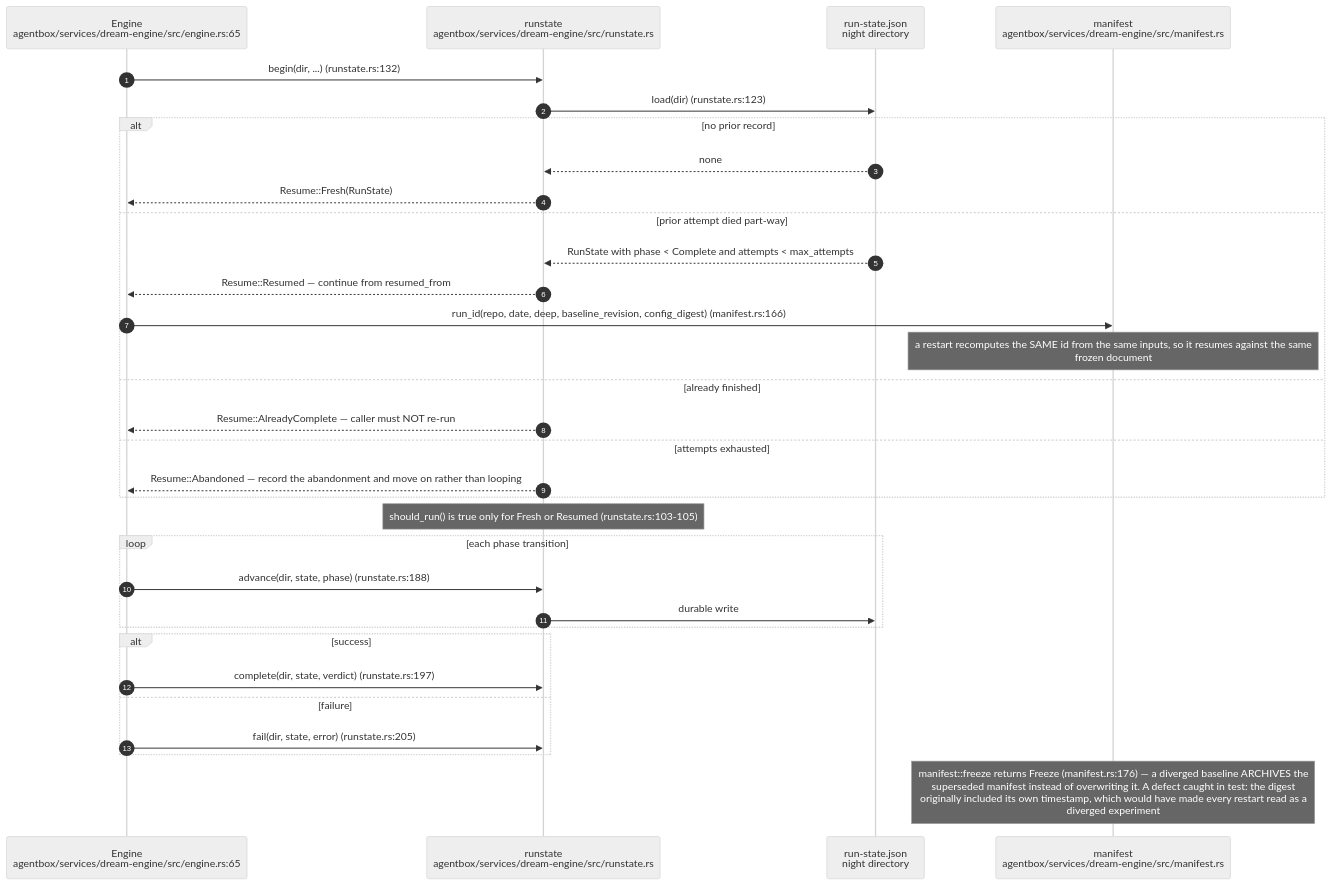
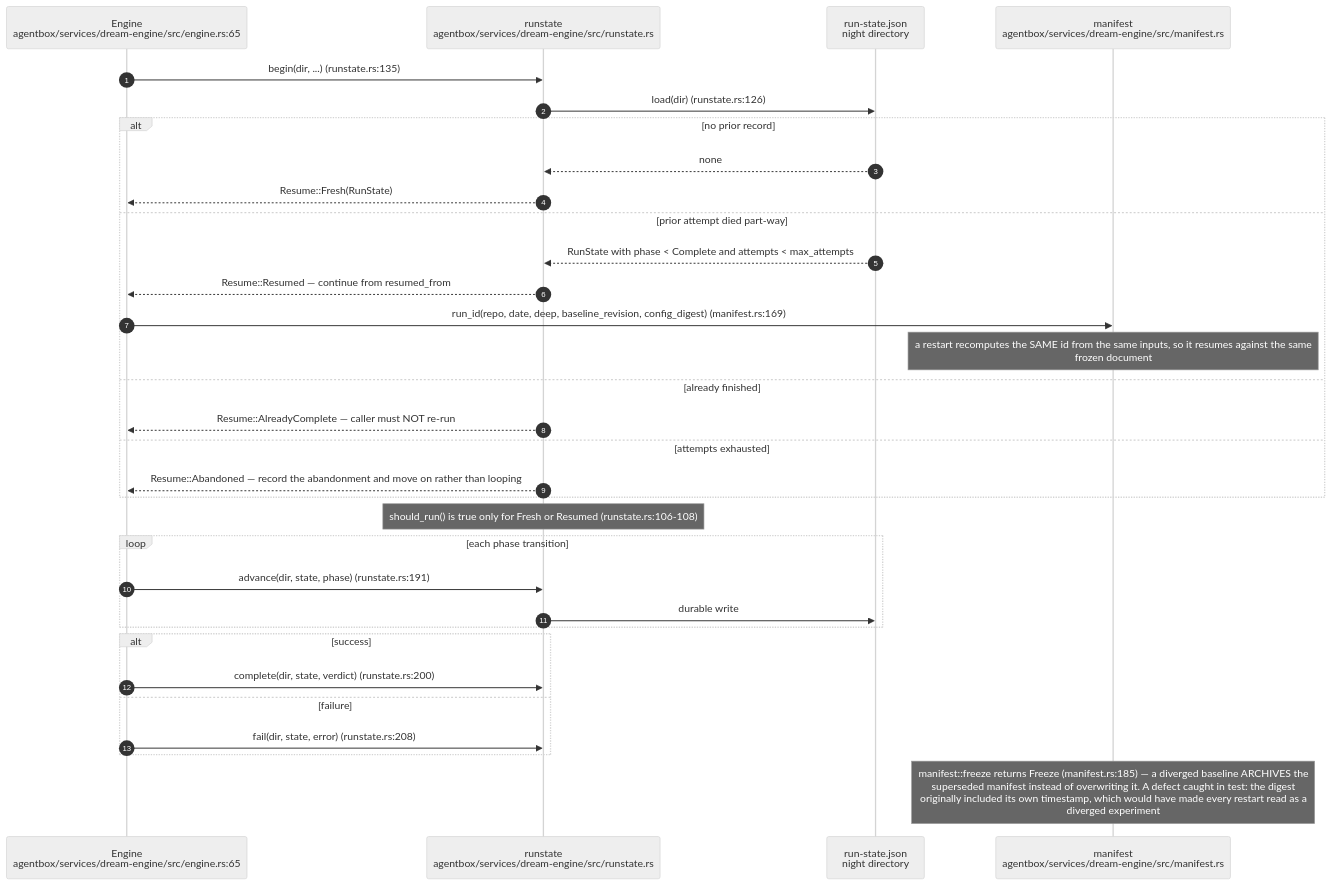
The seventh of 20 diagrams in docs/diagrams/agentbox/23-dream-engine.md (DreamLab-AI/VisionFlow), drawn with Mermaid (neutral theme) before and after one commit. The commit also changed other lines of this file and 111 other files, not shown here.

Commit message:
docs(diagrams): align estate maps with current source

````diff
--- a/docs/diagrams/agentbox/23-dream-engine.md
+++ b/docs/diagrams/agentbox/23-dream-engine.md
@@ -396,35 +396,35 @@
 ```mermaid
 sequenceDiagram
     autonumber
     participant ENG as Engine<br/>agentbox/services/dream-engine/src/engine.rs:65
     participant RS as runstate<br/>agentbox/services/dream-engine/src/runstate.rs
     participant F as run-state.json<br/>night directory
     participant MAN as manifest<br/>agentbox/services/dream-engine/src/manifest.rs
 
-    ENG->>RS: begin(dir, ...) (runstate.rs:132)
-    RS->>F: load(dir) (runstate.rs:123)
+    ENG->>RS: begin(dir, ...) (runstate.rs:135)
+    RS->>F: load(dir) (runstate.rs:126)
     alt no prior record
         F-->>RS: none
         RS-->>ENG: Resume::Fresh(RunState)
     else prior attempt died part-way
         F-->>RS: RunState with phase < Complete and attempts < max_attempts
         RS-->>ENG: Resume::Resumed — continue from resumed_from
-        ENG->>MAN: run_id(repo, date, deep, baseline_revision, config_digest) (manifest.rs:166)
+        ENG->>MAN: run_id(repo, date, deep, baseline_revision, config_digest) (manifest.rs:169)
         Note over MAN: a restart recomputes the SAME id from the same inputs, so it resumes against the same<br/>frozen document
     else already finished
         RS-->>ENG: Resume::AlreadyComplete — caller must NOT re-run
     else attempts exhausted
         RS-->>ENG: Resume::Abandoned — record the abandonment and move on rather than looping
     end
-    Note over RS: should_run() is true only for Fresh or Resumed (runstate.rs:103-105)
+    Note over RS: should_run() is true only for Fresh or Resumed (runstate.rs:106-108)
     loop each phase transition
-        ENG->>RS: advance(dir, state, phase) (runstate.rs:188)
+        ENG->>RS: advance(dir, state, phase) (runstate.rs:191)
         RS->>F: durable write
     end
     alt success
-        ENG->>RS: complete(dir, state, verdict) (runstate.rs:197)
+        ENG->>RS: complete(dir, state, verdict) (runstate.rs:200)
     else failure
-        ENG->>RS: fail(dir, state, error) (runstate.rs:205)
+        ENG->>RS: fail(dir, state, error) (runstate.rs:208)
     end
-    Note over MAN: manifest::freeze returns Freeze (manifest.rs:176) — a diverged baseline ARCHIVES the<br/>superseded manifest instead of overwriting it. A defect caught in test: the digest<br/>originally included its own timestamp, which would have made every restart read as a<br/>diverged experiment
+    Note over MAN: manifest::freeze returns Freeze (manifest.rs:185) — a diverged baseline ARCHIVES the<br/>superseded manifest instead of overwriting it. A defect caught in test: the digest<br/>originally included its own timestamp, which would have made every restart read as a<br/>diverged experiment
 ```
````
